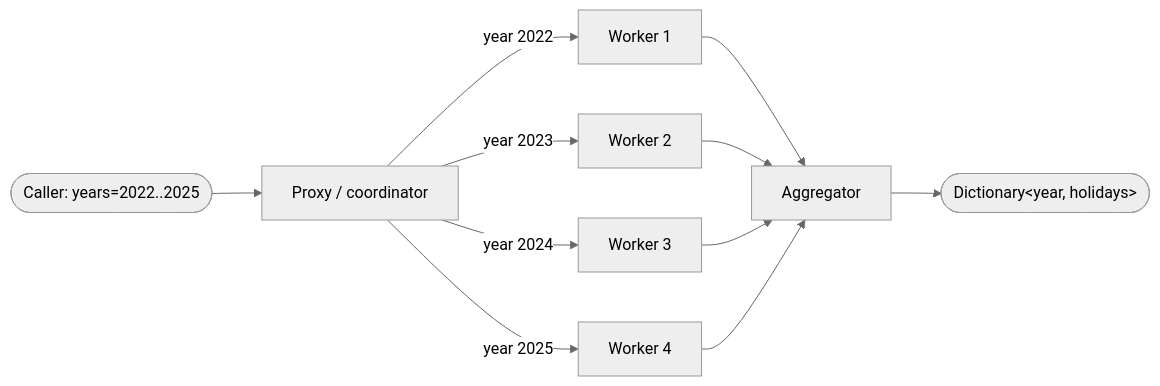
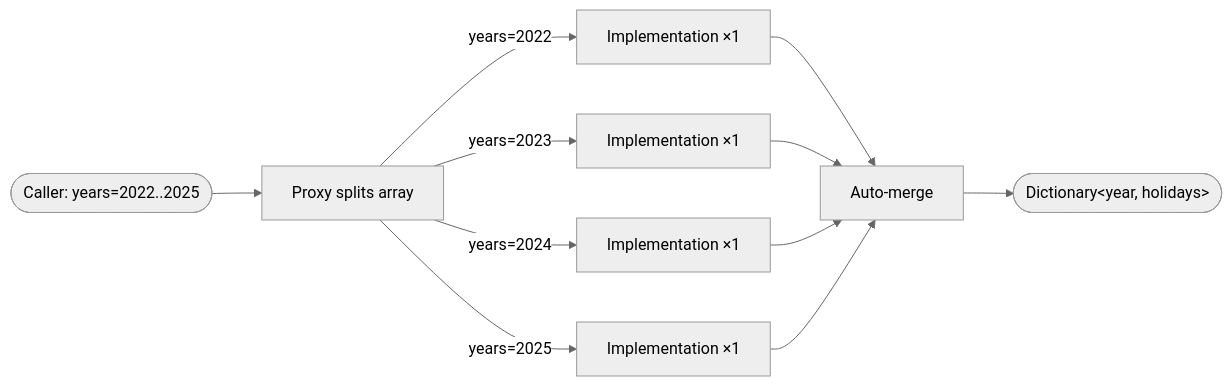
One commit to fasilhayat/sisyphus changed the fourth of 5 diagrams in Oasis.Resilience/README.md. Above: the diagram before and after it, drawn with Mermaid (neutral theme). The commit also changed other lines of this file and 17 other files, not shown here.

First line of the commit message:
Redesign FanOut: remove Akka, auto-merge, simplify API

````diff
--- a/Oasis.Resilience/README.md
+++ b/Oasis.Resilience/README.md
@@ -131,13 +131,13 @@
 ```mermaid
 flowchart LR
-    C([Caller: years=2022..2025]) --> P[Proxy / coordinator]
-    P -->|year 2022| W1[Worker 1]
-    P -->|year 2023| W2[Worker 2]
-    P -->|year 2024| W3[Worker 3]
-    P -->|year 2025| W4[Worker 4]
-    W1 --> AGG[Aggregator]
-    W2 --> AGG
-    W3 --> AGG
-    W4 --> AGG
+    C([Caller: years=2022..2025]) --> P[Proxy splits array]
+    P -->|years=2022| I1[Implementation ×1]
+    P -->|years=2023| I2[Implementation ×1]
+    P -->|years=2024| I3[Implementation ×1]
+    P -->|years=2025| I4[Implementation ×1]
+    I1 --> AGG[Auto-merge]
+    I2 --> AGG
+    I3 --> AGG
+    I4 --> AGG
     AGG --> R([Dictionary&lt;year, holidays&gt;])
 ```
````
